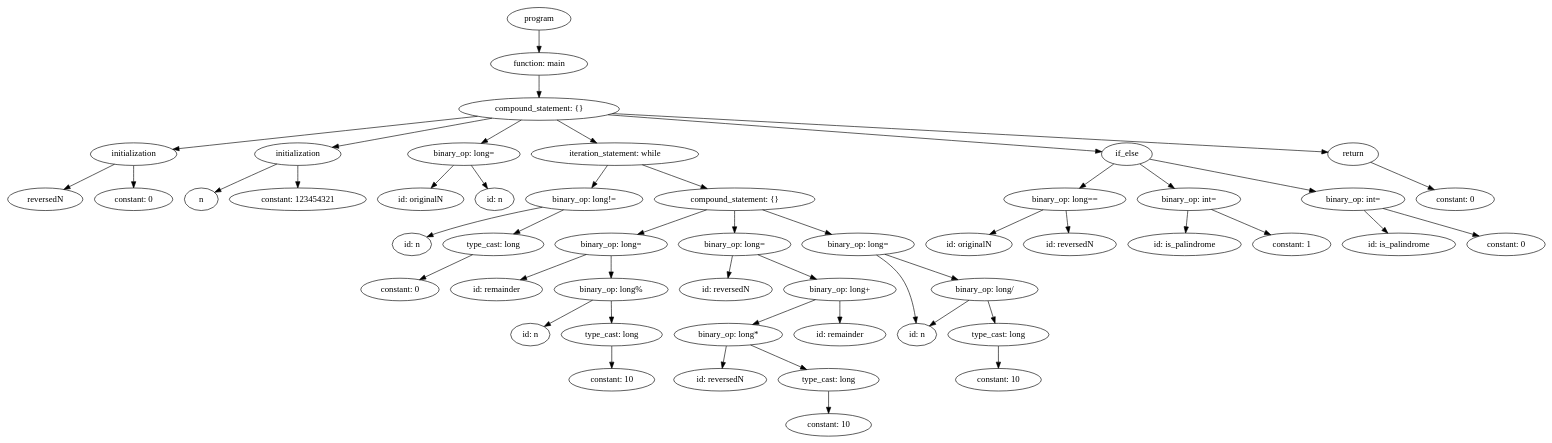
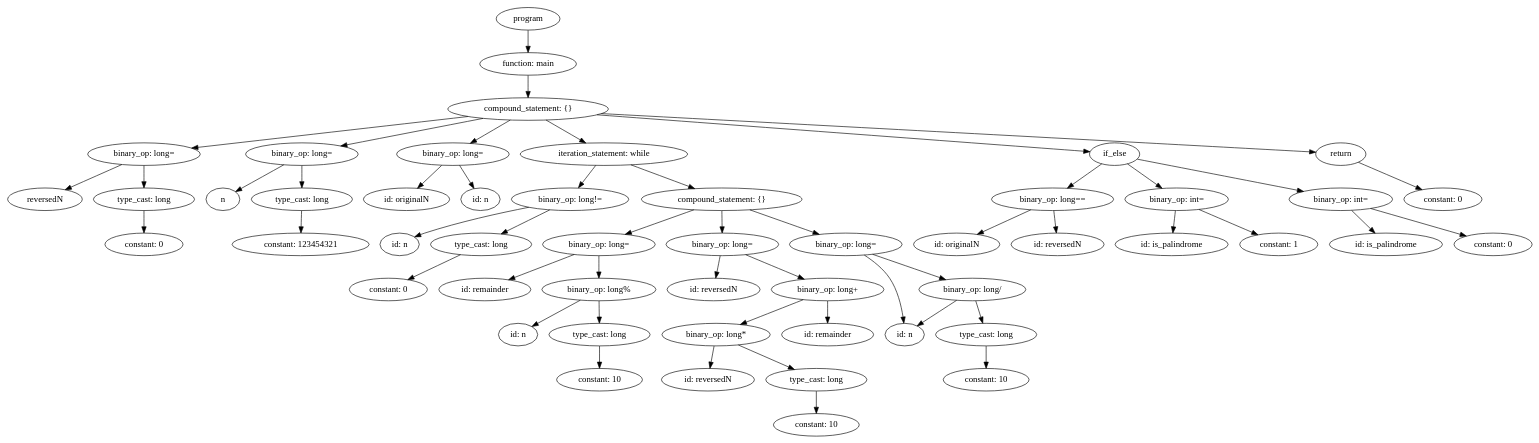
Before and after one commit to rjnrohit/C-Compiler-CS335: the diagram in output/test2.dot, drawn with Graphviz. The commit also changed 68 other files, not shown here.

```diff
--- a/output/test2.dot
+++ b/output/test2.dot
@@ -1,249 +1,259 @@
 strict digraph "" {
-	graph [bb="0,0,2453.5,684"];
+	graph [bb="0,0,2016.5,684"];
 	node [label="\N"];
+	64	[height=0.5,
+		label=program,
+		pos="697,666",
+		width=1.1389];
+	63	[height=0.5,
+		label="function: main",
+		pos="697,594",
+		width=1.7512];
+	64 -> 63	[pos="e,697,612.1 697,647.7 697,639.98 697,630.71 697,622.11"];
 	62	[height=0.5,
-		label=program,
-		pos="848,666",
-		width=1.4082];
+		label="compound_statement: {}",
+		pos="697,522",
+		width=2.7984];
+	63 -> 62	[pos="e,697,540.1 697,575.7 697,567.98 697,558.71 697,550.11"];
+	8	[height=0.5,
+		label="binary_op: long=",
+		pos="177,450",
+		width=2.004];
+	62 -> 8	[pos="e,239.06,459.35 619.15,510.52 519,497.04 346.38,473.8 249.1,460.71"];
+	18	[height=0.5,
+		label="binary_op: long=",
+		pos="397,450",
+		width=2.004];
+	62 -> 18	[pos="e,447.92,462.88 638.44,507.34 586.38,495.19 510.55,477.5 457.81,465.19"];
+	21	[height=0.5,
+		label="binary_op: long=",
+		pos="601,450",
+		width=2.004];
+	62 -> 21	[pos="e,623.26,467.23 674.25,504.41 661.48,495.1 645.39,483.37 631.54,473.27"];
+	46	[height=0.5,
+		label="iteration_statement: while",
+		pos="794,450",
+		width=2.8525];
+	62 -> 46	[pos="e,770.84,467.71 719.99,504.41 732.7,495.24 748.68,483.7 762.54,473.71"];
+	59	[height=0.5,
+		label=if_else,
+		pos="1468,450",
+		width=0.95833];
+	62 -> 59	[pos="e,1434.1,454.08 784.69,513.04 949.6,498.07 1300.4,466.22 1423.9,455.01"];
 	61	[height=0.5,
-		label="function: main",
-		pos="848,594",
-		width=2.1528];
-	62 -> 61	[pos="e,848,612.1 848,647.7 848,639.98 848,630.71 848,622.11"];
-	60	[height=0.5,
-		label="compound_statement: {}",
-		pos="848,522",
-		width=3.5566];
-	61 -> 60	[pos="e,848,540.1 848,575.7 848,567.98 848,558.71 848,550.11"];
-	7	[height=0.5,
-		label=initialization,
-		pos="201,450",
-		width=1.9167];
-	60 -> 7	[pos="e,263.49,457.76 749.73,510.37 618.82,496.2 390.22,471.47 273.72,458.87"];
-	16	[height=0.5,
-		label=initialization,
-		pos="463,450",
-		width=1.9167];
-	60 -> 16	[pos="e,518.04,461.01 772.85,507.34 701.67,494.39 595.86,475.16 528.16,462.85"];
-	19	[height=0.5,
-		label="binary_op: long=",
-		pos="728,450",
-		width=2.4914];
-	60 -> 19	[pos="e,755.82,467.23 819.56,504.41 803.15,494.84 782.34,482.7 764.71,472.42"];
-	44	[height=0.5,
-		label="iteration_statement: while",
-		pos="969,450",
-		width=3.7011];
-	60 -> 44	[pos="e,940.11,467.71 876.68,504.41 892.98,494.98 913.6,483.05 931.21,472.86"];
-	57	[height=0.5,
-		label=if_else,
-		pos="1786,450",
-		width=1.125];
-	60 -> 57	[pos="e,1746.1,453.98 958.36,512.76 1162.2,497.55 1590.2,465.61 1736.1,454.73"];
-	59	[height=0.5,
 		label=return,
-		pos="2147,450",
-		width=1.125];
-	60 -> 59	[pos="e,2107.1,453.18 965.37,514.73 1150.3,504.84 1520.8,485 1835,468 1927.4,463 2035.2,457.11 2096.9,453.74"];
+		pos="1765,450",
+		width=0.88889];
+	62 -> 61	[pos="e,1733.3,453.14 790.09,514.99 941.31,505.22 1249.8,485.25 1511,468 1585.7,463.07 1672.8,457.22 1723.2,453.82"];
 	5	[height=0.5,
 		label=reversedN,
-		pos="60,378",
-		width=1.6667];
-	7 -> 5	[pos="e,89.569,393.68 170.41,433.81 149.33,423.35 121.17,409.37 98.564,398.15"];
+		pos="47,378",
+		width=1.3056];
+	8 -> 5	[pos="e,73.122,393.07 148.15,433.46 128.6,422.94 102.66,408.97 81.939,397.81"];
+	7	[height=0.5,
+		label="type_cast: long",
+		pos="177,378",
+		width=1.7917];
+	8 -> 7	[pos="e,177,396.1 177,431.7 177,423.98 177,414.71 177,406.11"];
+	15	[height=0.5,
+		label=n,
+		pos="287,378",
+		width=0.75];
+	18 -> 15	[pos="e,305.94,391.05 371.76,432.94 354.7,422.08 332.15,407.73 314.61,396.57"];
+	17	[height=0.5,
+		label="type_cast: long",
+		pos="397,378",
+		width=1.7917];
+	18 -> 17	[pos="e,397,396.1 397,431.7 397,423.98 397,414.71 397,406.11"];
+	19	[height=0.5,
+		label="id: originalN",
+		pos="536,378",
+		width=1.5556];
+	21 -> 19	[pos="e,551.29,395.47 585.6,432.41 577.42,423.61 567.23,412.63 558.21,402.92"];
+	20	[height=0.5,
+		label="id: n",
+		pos="637,378",
+		width=0.75];
+	21 -> 20	[pos="e,628.61,395.31 609.71,432.05 613.98,423.77 619.2,413.62 623.92,404.42"];
+	25	[height=0.5,
+		label="binary_op: long!=",
+		pos="758,378",
+		width=2.0972];
+	46 -> 25	[pos="e,766.88,396.28 785.29,432.05 781.15,424.01 776.11,414.2 771.49,405.23"];
+	45	[height=0.5,
+		label="compound_statement: {}",
+		pos="953,378",
+		width=2.7984];
+	46 -> 45	[pos="e,917.06,394.82 830.08,433.12 853.05,423 883,409.82 907.59,398.99"];
+	52	[height=0.5,
+		label="binary_op: long==",
+		pos="1388,378",
+		width=2.1528];
+	59 -> 52	[pos="e,1406.9,395.54 1451,434.15 1440.4,424.87 1426.5,412.72 1414.5,402.18"];
+	55	[height=0.5,
+		label="binary_op: int=",
+		pos="1549,378",
+		width=1.8234];
+	59 -> 55	[pos="e,1530.1,395.29 1485.2,434.15 1496,424.81 1510.2,412.54 1522.4,401.96"];
+	58	[height=0.5,
+		label="binary_op: int=",
+		pos="1764,378",
+		width=1.8234];
+	59 -> 58	[pos="e,1715.9,390.37 1498.8,441.71 1547.7,430.15 1643.8,407.43 1705.9,392.74"];
+	60	[height=0.5,
+		label="constant: 0",
+		pos="1897,378",
+		width=1.375];
+	61 -> 60	[pos="e,1869.9,393.36 1787.4,437.13 1807.5,426.45 1837.4,410.58 1860.9,398.12"];
 	6	[height=0.5,
 		label="constant: 0",
-		pos="201,378",
-		width=1.7361];
-	7 -> 6	[pos="e,201,396.1 201,431.7 201,423.98 201,414.71 201,406.11"];
-	14	[height=0.5,
-		label=n,
-		pos="309,378",
+		pos="177,306",
+		width=1.375];
+	7 -> 6	[pos="e,177,324.1 177,359.7 177,351.98 177,342.71 177,334.11"];
+	16	[height=0.5,
+		label="constant: 123454321",
+		pos="396,306",
+		width=2.3472];
+	17 -> 16	[pos="e,396.24,324.1 396.75,359.7 396.64,351.98 396.51,342.71 396.39,334.11"];
+	22	[height=0.5,
+		label="id: n",
+		pos="526,306",
 		width=0.75];
-	16 -> 14	[pos="e,330.29,389.14 429.61,434.21 405.94,423.67 373.45,409.11 345,396 343.21,395.18 341.37,394.32 339.52,393.46"];
-	15	[height=0.5,
-		label="constant: 123454321",
-		pos="463,378",
-		width=3.0331];
-	16 -> 15	[pos="e,463,396.1 463,431.7 463,423.98 463,414.71 463,406.11"];
-	17	[height=0.5,
+	25 -> 22	[pos="e,547.05,317.7 704.38,365.21 664.53,355.81 609.14,341.35 562,324 560.15,323.32 558.27,322.58 556.38,321.8"];
+	24	[height=0.5,
+		label="type_cast: long",
+		pos="636,306",
+		width=1.7917];
+	25 -> 24	[pos="e,663.15,322.58 730.32,361.12 713.04,351.2 690.61,338.34 671.97,327.64"];
+	31	[height=0.5,
+		label="binary_op: long=",
+		pos="791,306",
+		width=2.004];
+	45 -> 31	[pos="e,825.4,321.86 916.24,361.12 892.07,350.67 860.32,336.95 834.83,325.94"];
+	39	[height=0.5,
+		label="binary_op: long=",
+		pos="953,306",
+		width=2.004];
+	45 -> 39	[pos="e,953,324.1 953,359.7 953,351.98 953,342.71 953,334.11"];
+	44	[height=0.5,
+		label="binary_op: long=",
+		pos="1115,306",
+		width=2.004];
+	45 -> 44	[pos="e,1080.6,321.86 989.76,361.12 1013.9,350.67 1045.7,336.95 1071.2,325.94"];
+	50	[height=0.5,
 		label="id: originalN",
-		pos="659,378",
-		width=1.9167];
-	19 -> 17	[pos="e,675.55,395.79 711.3,432.05 702.74,423.37 692.16,412.64 682.77,403.11"];
-	18	[height=0.5,
+		pos="1261,306",
+		width=1.5556];
+	52 -> 50	[pos="e,1288,321.86 1359.2,361.12 1340.7,350.95 1316.7,337.67 1297,326.82"];
+	51	[height=0.5,
+		label="id: reversedN",
+		pos="1394,306",
+		width=1.625];
+	52 -> 51	[pos="e,1392.5,324.1 1389.5,359.7 1390.1,351.98 1390.9,342.71 1391.7,334.11"];
+	53	[height=0.5,
+		label="id: is_palindrome",
+		pos="1544,306",
+		width=2.0417];
+	55 -> 53	[pos="e,1545.2,324.1 1547.8,359.7 1547.2,351.98 1546.6,342.71 1545.9,334.11"];
+	54	[height=0.5,
+		label="constant: 1",
+		pos="1685,306",
+		width=1.375];
+	55 -> 54	[pos="e,1657.4,321.21 1578.5,361.81 1599,351.26 1626.5,337.12 1648.4,325.84"];
+	56	[height=0.5,
+		label="id: is_palindrome",
+		pos="1826,306",
+		width=2.0417];
+	58 -> 56	[pos="e,1811,323.96 1778.7,360.41 1786.3,351.82 1795.7,341.16 1804.2,331.63"];
+	57	[height=0.5,
+		label="constant: 0",
+		pos="1967,306",
+		width=1.375];
+	58 -> 57	[pos="e,1932.4,318.94 1803.1,363.5 1837.4,351.7 1887,334.57 1922.7,322.27"];
+	23	[height=0.5,
+		label="constant: 0",
+		pos="514,234",
+		width=1.375];
+	24 -> 23	[pos="e,539.33,249.54 608.92,289.46 590.99,279.17 567.31,265.59 548.09,254.56"];
+	26	[height=0.5,
+		label="id: remainder",
+		pos="640,234",
+		width=1.625];
+	31 -> 26	[pos="e,670.9,249.32 758.24,289.81 735.34,279.2 704.63,264.96 680.24,253.65"];
+	30	[height=0.5,
+		label="binary_op: long%",
+		pos="791,234",
+		width=2.0762];
+	31 -> 30	[pos="e,791,252.1 791,287.7 791,279.98 791,270.71 791,262.11"];
+	32	[height=0.5,
+		label="id: reversedN",
+		pos="942,234",
+		width=1.625];
+	39 -> 32	[pos="e,944.69,252.1 950.28,287.7 949.07,279.98 947.61,270.71 946.26,262.11"];
+	38	[height=0.5,
+		label="binary_op: long+",
+		pos="1091,234",
+		width=2.004];
+	39 -> 38	[pos="e,1060.3,250.57 983.28,289.64 1003.3,279.5 1029.7,266.1 1051.3,255.11"];
+	40	[height=0.5,
 		label="id: n",
-		pos="777,378",
-		width=0.86659];
-	19 -> 18	[pos="e,765.92,394.83 739.86,432.05 745.93,423.38 753.43,412.67 760.1,403.15"];
-	23	[height=0.5,
-		label="binary_op: long!=",
-		pos="920,378",
-		width=2.5998];
-	44 -> 23	[pos="e,932.09,396.28 957.14,432.05 951.39,423.84 944.35,413.79 937.96,404.66"];
+		pos="1197,162",
+		width=0.75];
+	44 -> 40	[pos="e,1195,180.17 1137.6,288.9 1149.4,279.39 1163.2,266.42 1172,252 1183.5,233.1 1189.9,208.73 1193.3,190.27"];
 	43	[height=0.5,
-		label="compound_statement: {}",
-		pos="1160,378",
-		width=3.5566];
-	44 -> 43	[pos="e,1116.4,394.98 1012.8,432.94 1040.7,422.71 1077.1,409.4 1106.6,398.56"];
-	50	[height=0.5,
-		label="binary_op: long==",
-		pos="1687,378",
-		width=2.7083];
-	57 -> 50	[pos="e,1710.4,395.54 1765,434.15 1751.6,424.69 1734,412.25 1718.9,401.58"];
-	53	[height=0.5,
-		label="binary_op: int=",
-		pos="1885,378",
-		width=2.2929];
-	57 -> 53	[pos="e,1862,395.29 1807,434.15 1820.5,424.63 1838.2,412.08 1853.4,401.36"];
-	56	[height=0.5,
-		label="binary_op: int=",
-		pos="2147,378",
-		width=2.2929];
-	57 -> 56	[pos="e,2087.5,390.53 1822.3,441.97 1881.8,430.42 2001.3,407.25 2077.5,392.47"];
-	58	[height=0.5,
-		label="constant: 0",
-		pos="2310,378",
-		width=1.7361];
-	59 -> 58	[pos="e,2276.7,393.29 2175,436.97 2200.4,426.08 2238.1,409.88 2267.2,397.38"];
-	20	[height=0.5,
+		label="binary_op: long/",
+		pos="1289,234",
+		width=1.9318];
+	44 -> 43	[pos="e,1252.9,249.53 1151.5,290.33 1178.2,279.56 1214.8,264.86 1243.5,253.32"];
+	27	[height=0.5,
 		label="id: n",
-		pos="645,306",
-		width=0.86659];
-	23 -> 20	[pos="e,668.85,317.96 853.3,365.28 805.79,356.13 740.73,341.96 685,324 682.76,323.28 680.47,322.48 678.17,321.63"];
-	22	[height=0.5,
+		pos="681,162",
+		width=0.75];
+	30 -> 27	[pos="e,699.94,175.05 765.76,216.94 748.7,206.08 726.15,191.73 708.61,180.57"];
+	29	[height=0.5,
 		label="type_cast: long",
-		pos="775,306",
-		width=2.2387];
-	23 -> 22	[pos="e,807.27,322.58 887.1,361.12 866.19,351.02 838.94,337.87 816.54,327.05"];
-	29	[height=0.5,
-		label="binary_op: long=",
-		pos="963,306",
-		width=2.4914];
-	43 -> 29	[pos="e,1005.2,321.98 1115.3,361.12 1085.5,350.52 1046.2,336.56 1015,325.47"];
+		pos="791,162",
+		width=1.7917];
+	30 -> 29	[pos="e,791,180.1 791,215.7 791,207.98 791,198.71 791,190.11"];
+	36	[height=0.5,
+		label="binary_op: long*",
+		pos="945,162",
+		width=1.9861];
+	38 -> 36	[pos="e,976.62,178.16 1059.3,217.81 1037.8,207.49 1009.1,193.75 985.88,182.6"];
 	37	[height=0.5,
-		label="binary_op: long=",
-		pos="1160,306",
-		width=2.4914];
-	43 -> 37	[pos="e,1160,324.1 1160,359.7 1160,351.98 1160,342.71 1160,334.11"];
+		label="id: remainder",
+		pos="1093,162",
+		width=1.625];
+	38 -> 37	[pos="e,1092.5,180.1 1091.5,215.7 1091.7,207.98 1092,198.71 1092.2,190.11"];
+	43 -> 40	[pos="e,1214.2,176.1 1267.7,216.76 1254.2,206.53 1236.8,193.26 1222.6,182.46"];
 	42	[height=0.5,
-		label="binary_op: long=",
-		pos="1357,306",
-		width=2.4914];
-	43 -> 42	[pos="e,1314.8,321.98 1204.7,361.12 1234.5,350.52 1273.8,336.56 1305,325.47"];
-	48	[height=0.5,
-		label="id: originalN",
-		pos="1534,306",
-		width=1.9167];
-	50 -> 48	[pos="e,1566.7,321.98 1652.3,361.12 1629.6,350.75 1599.9,337.17 1576,326.2"];
-	49	[height=0.5,
+		label="type_cast: long",
+		pos="1307,162",
+		width=1.7917];
+	43 -> 42	[pos="e,1302.6,180.1 1293.4,215.7 1295.5,207.9 1297.9,198.51 1300.1,189.83"];
+	28	[height=0.5,
+		label="constant: 10",
+		pos="791,90",
+		width=1.5];
+	29 -> 28	[pos="e,791,108.1 791,143.7 791,135.98 791,126.71 791,118.11"];
+	33	[height=0.5,
 		label="id: reversedN",
-		pos="1695,306",
-		width=2.0582];
-	50 -> 49	[pos="e,1693,324.1 1689,359.7 1689.9,351.98 1690.9,342.71 1691.9,334.11"];
-	51	[height=0.5,
-		label="id: is_palindrome",
-		pos="1878,306",
-		width=2.5139];
-	53 -> 51	[pos="e,1879.7,324.1 1883.3,359.7 1882.5,351.98 1881.6,342.71 1880.7,334.11"];
-	52	[height=0.5,
-		label="constant: 1",
-		pos="2049,306",
-		width=1.7361];
-	53 -> 52	[pos="e,2015.6,321.25 1921,361.64 1946.1,350.92 1979.7,336.57 2006.2,325.27"];
-	54	[height=0.5,
-		label="id: is_palindrome",
-		pos="2220,306",
-		width=2.5139];
-	56 -> 54	[pos="e,2202.5,323.79 2164.7,360.05 2173.8,351.28 2185.1,340.43 2195.1,330.83"];
-	55	[height=0.5,
-		label="constant: 0",
-		pos="2391,306",
-		width=1.7361];
-	56 -> 55	[pos="e,2348.1,319.31 2194.9,363.25 2236.2,351.4 2295.8,334.3 2338.5,322.07"];
-	21	[height=0.5,
-		label="constant: 0",
-		pos="626,234",
-		width=1.7361];
-	22 -> 21	[pos="e,657.19,249.65 741.93,289.46 719.6,278.98 690,265.07 666.29,253.93"];
-	24	[height=0.5,
-		label="id: remainder",
-		pos="780,234",
-		width=2.0417];
-	29 -> 24	[pos="e,818.07,249.56 923.29,289.81 895.12,279.03 857.18,264.52 827.42,253.14"];
-	28	[height=0.5,
-		label="binary_op: long%",
-		pos="963,234",
-		width=2.5278];
-	29 -> 28	[pos="e,963,252.1 963,287.7 963,279.98 963,270.71 963,262.11"];
-	30	[height=0.5,
-		label="id: reversedN",
-		pos="1146,234",
-		width=2.0582];
-	37 -> 30	[pos="e,1149.4,252.1 1156.5,287.7 1155,279.98 1153.1,270.71 1151.4,262.11"];
-	36	[height=0.5,
-		label="binary_op: long+",
-		pos="1328,234",
-		width=2.4914];
-	37 -> 36	[pos="e,1290.8,250.49 1197.3,289.46 1222.1,279.13 1254.8,265.48 1281.4,254.43"];
-	38	[height=0.5,
-		label="id: n",
-		pos="1451,162",
-		width=0.86659];
-	42 -> 38	[pos="e,1449.7,180.1 1386.6,288.86 1400.8,279.76 1416.8,267.17 1427,252 1439.5,233.5 1445.5,208.75 1448.4,190.05"];
+		pos="934,90",
+		width=1.625];
+	36 -> 33	[pos="e,936.69,108.1 942.28,143.7 941.07,135.98 939.61,126.71 938.26,118.11"];
+	35	[height=0.5,
+		label="type_cast: long",
+		pos="1075,90",
+		width=1.7917];
+	36 -> 35	[pos="e,1046.7,106.25 973.85,145.46 992.66,135.34 1017.4,122.02 1037.7,111.09"];
 	41	[height=0.5,
-		label="binary_op: long/",
-		pos="1559,234",
-		width=2.3651];
-	42 -> 41	[pos="e,1516.6,249.7 1399.8,290.15 1431.1,279.31 1473.8,264.54 1507,253.01"];
-	25	[height=0.5,
-		label="id: n",
-		pos="834,162",
-		width=0.86659];
-	28 -> 25	[pos="e,856.21,175.05 933.4,216.94 913.02,205.88 885.98,191.21 865.25,179.96"];
-	27	[height=0.5,
-		label="type_cast: long",
-		pos="964,162",
-		width=2.2387];
-	28 -> 27	[pos="e,963.76,180.1 963.25,215.7 963.36,207.98 963.49,198.71 963.61,190.11"];
+		label="constant: 10",
+		pos="1307,90",
+		width=1.5];
+	42 -> 41	[pos="e,1307,108.1 1307,143.7 1307,135.98 1307,126.71 1307,118.11"];
 	34	[height=0.5,
-		label="binary_op: long*",
-		pos="1150,162",
-		width=2.4028];
-	36 -> 34	[pos="e,1188.7,178.21 1288.9,217.64 1262.2,207.12 1226.5,193.09 1198,181.89"];
-	35	[height=0.5,
-		label="id: remainder",
-		pos="1328,162",
-		width=2.0417];
-	36 -> 35	[pos="e,1328,180.1 1328,215.7 1328,207.98 1328,198.71 1328,190.11"];
-	41 -> 38	[pos="e,1470.9,175.88 1534,216.76 1517.6,206.17 1496.2,192.32 1479.3,181.33"];
-	40	[height=0.5,
-		label="type_cast: long",
-		pos="1581,162",
-		width=2.2387];
-	41 -> 40	[pos="e,1575.6,180.1 1564.4,215.7 1566.9,207.9 1569.8,198.51 1572.6,189.83"];
-	26	[height=0.5,
 		label="constant: 10",
-		pos="964,90",
-		width=1.8957];
-	27 -> 26	[pos="e,964,108.1 964,143.7 964,135.98 964,126.71 964,118.11"];
-	31	[height=0.5,
-		label="id: reversedN",
-		pos="1137,90",
-		width=2.0582];
-	34 -> 31	[pos="e,1140.2,108.1 1146.8,143.7 1145.4,135.98 1143.6,126.71 1142,118.11"];
-	33	[height=0.5,
-		label="type_cast: long",
-		pos="1310,90",
-		width=2.2387];
-	34 -> 33	[pos="e,1275.1,106.25 1185.5,145.46 1209.2,135.11 1240.5,121.42 1265.8,110.35"];
-	39	[height=0.5,
-		label="constant: 10",
-		pos="1581,90",
-		width=1.8957];
-	40 -> 39	[pos="e,1581,108.1 1581,143.7 1581,135.98 1581,126.71 1581,118.11"];
-	32	[height=0.5,
-		label="constant: 10",
-		pos="1310,18",
-		width=1.8957];
-	33 -> 32	[pos="e,1310,36.104 1310,71.697 1310,63.983 1310,54.712 1310,46.112"];
+		pos="1075,18",
+		width=1.5];
+	35 -> 34	[pos="e,1075,36.104 1075,71.697 1075,63.983 1075,54.712 1075,46.112"];
 }
```
